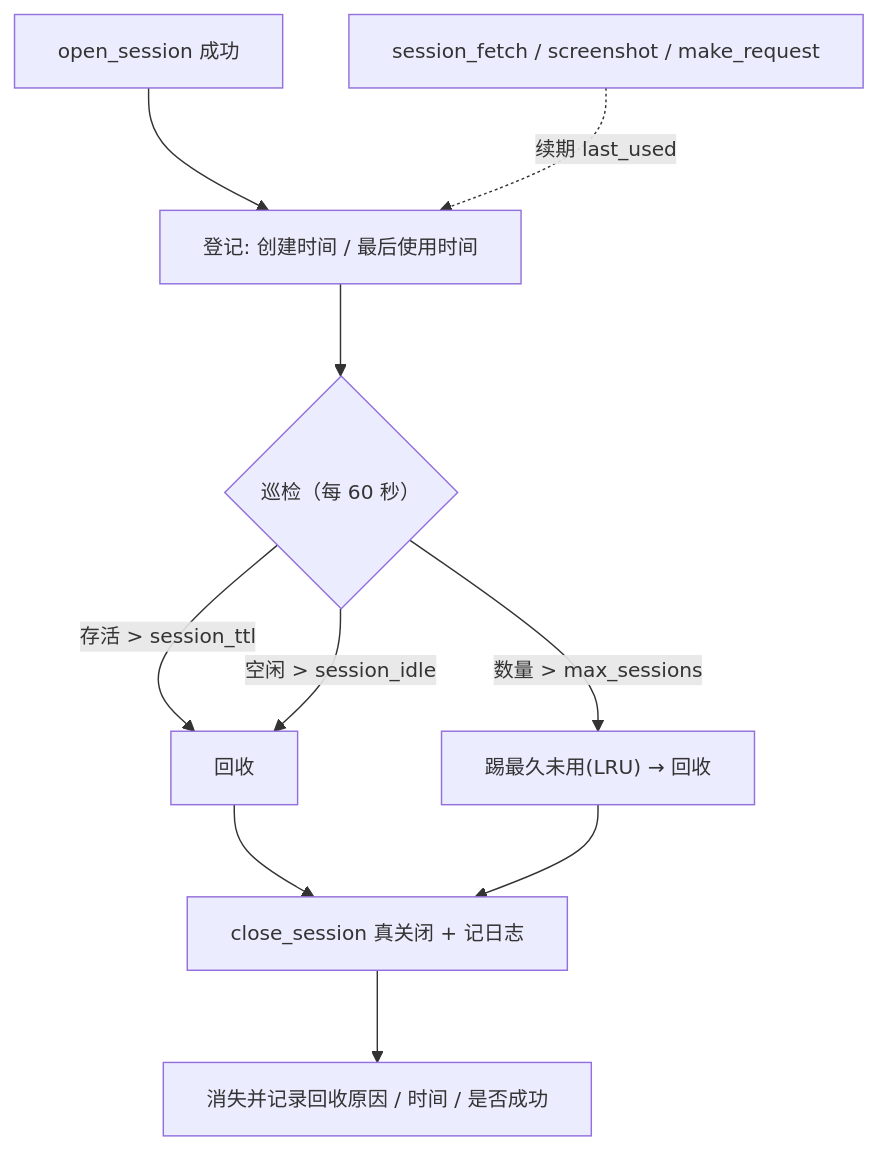
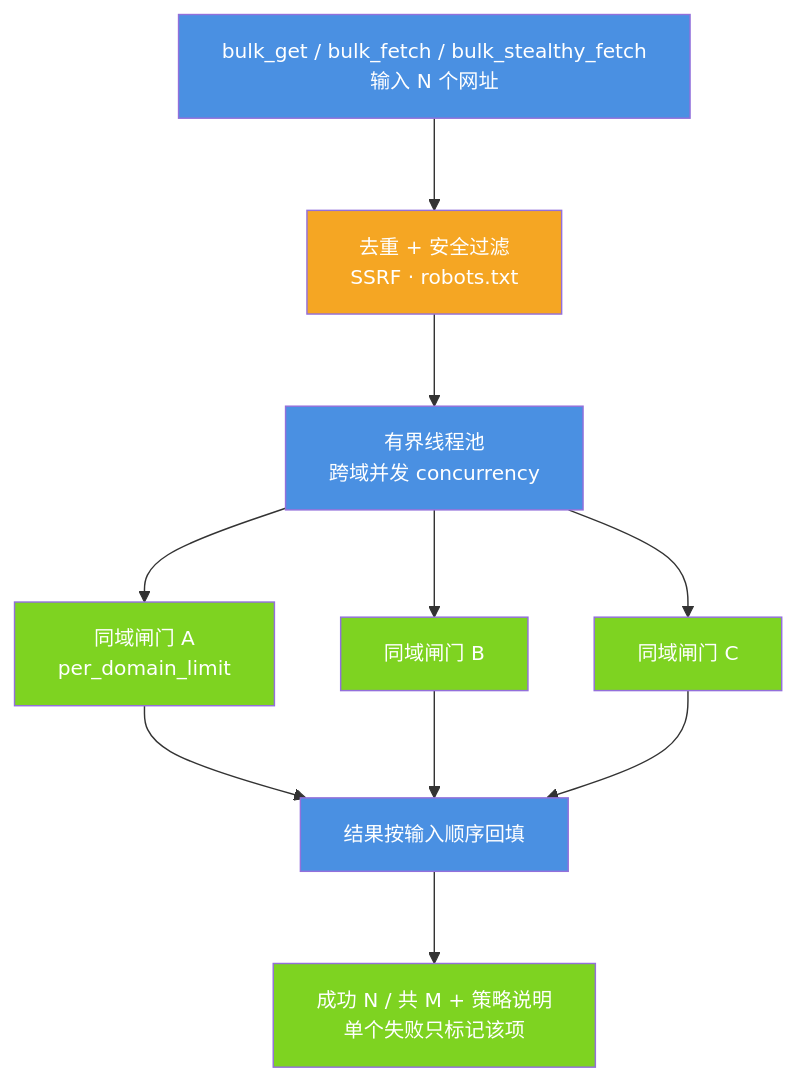
The second of 5 diagrams in docs/scrapling.md (jiangchuangege/xiaojiao-harnees), drawn with Mermaid before and after one commit. The commit also changed other lines of this file and 51 other files, not shown here.

````diff
--- a/docs/scrapling.md
+++ b/docs/scrapling.md
@@ -294,13 +351,21 @@
 ```mermaid
 %%{init: {"themeVariables": {"fontSize": "14px"}, "flowchart": {"htmlLabels": true, "wrappingWidth": 320, "nodeSpacing": 46, "rankSpacing": 64, "useMaxWidth": true}}}%%
 flowchart TB
-    A["open_session 成功"] --> R["登记: 创建时间 / 最后使用时间"]
-    R --> G{"巡检（每 60 秒）"}
-    G -->|"存活 > session_ttl"| K["回收"]
-    G -->|"空闲 > session_idle"| K
-    G -->|"数量 > max_sessions"| K2["踢最久未用(LRU) → 回收"]
-    K --> C["close_session 真关闭 + 记日志"]
-    K2 --> C
-    C --> S["消失并记录回收原因 / 时间 / 是否成功"]
-    U["session_fetch / screenshot / make_request"] -.->|"续期 last_used"| R
+    U["bulk_get / bulk_fetch / bulk_stealthy_fetch<br/>输入 N 个网址"] --> D["去重 + 安全过滤<br/>SSRF · robots.txt"]
+    D --> P["有界线程池<br/>跨域并发 concurrency"]
+    P --> SA["同域闸门 A<br/>per_domain_limit"]
+    P --> SB["同域闸门 B"]
+    P --> SC["同域闸门 C"]
+    SA --> R["结果按输入顺序回填"]
+    SB --> R
+    SC --> R
+    R --> O["成功 N / 共 M + 策略说明<br/>单个失败只标记该项"]
+    style U fill:#4A90E2,color:#fff
+    style D fill:#F5A623,color:#fff
+    style P fill:#4A90E2,color:#fff
+    style SA fill:#7ED321,color:#fff
+    style SB fill:#7ED321,color:#fff
+    style SC fill:#7ED321,color:#fff
+    style R fill:#4A90E2,color:#fff
+    style O fill:#7ED321,color:#fff
 ```
````
